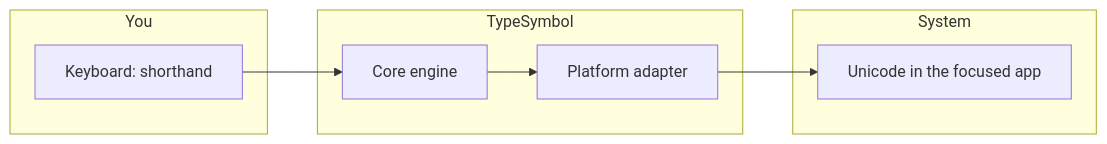
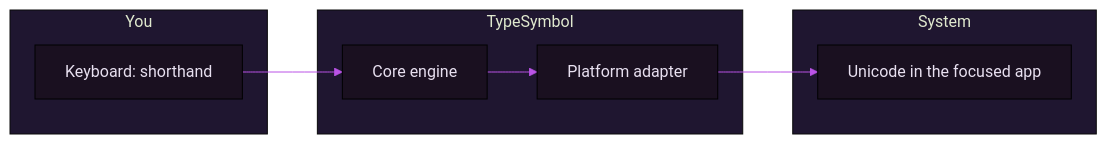
The diagram in README.md (yazanmwk/TypeSymbol), drawn with Mermaid before and after one commit. The commit also changed other lines of this file and 3 other files, not shown here.

````diff
--- a/README.md
+++ b/README.md
@@ -36,16 +48,17 @@
 ```mermaid
+%%{init: { "theme": "base", "themeVariables": { "primaryColor": "#1a1020", "primaryTextColor": "#e8e0f0", "lineColor": "#ba53e6", "tertiaryColor": "#1f1630" } } }%%
 flowchart LR
     subgraph input [You]
         A[Keyboard: shorthand]
     end
     subgraph typesymbol [TypeSymbol]
         B[Core engine]
         C[Platform adapter]
     end
     subgraph out [System]
         D[Unicode in the focused app]
     end
     A --> B
     B --> C
     C --> D
 ```
````
